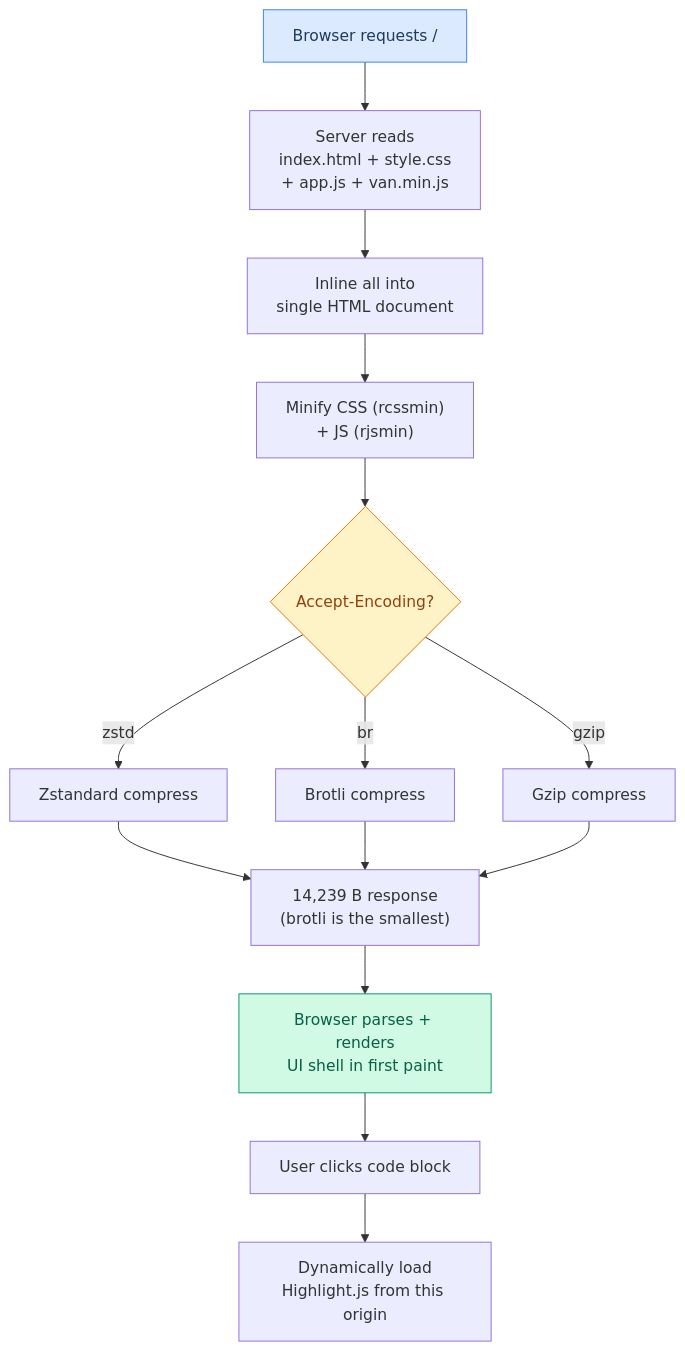
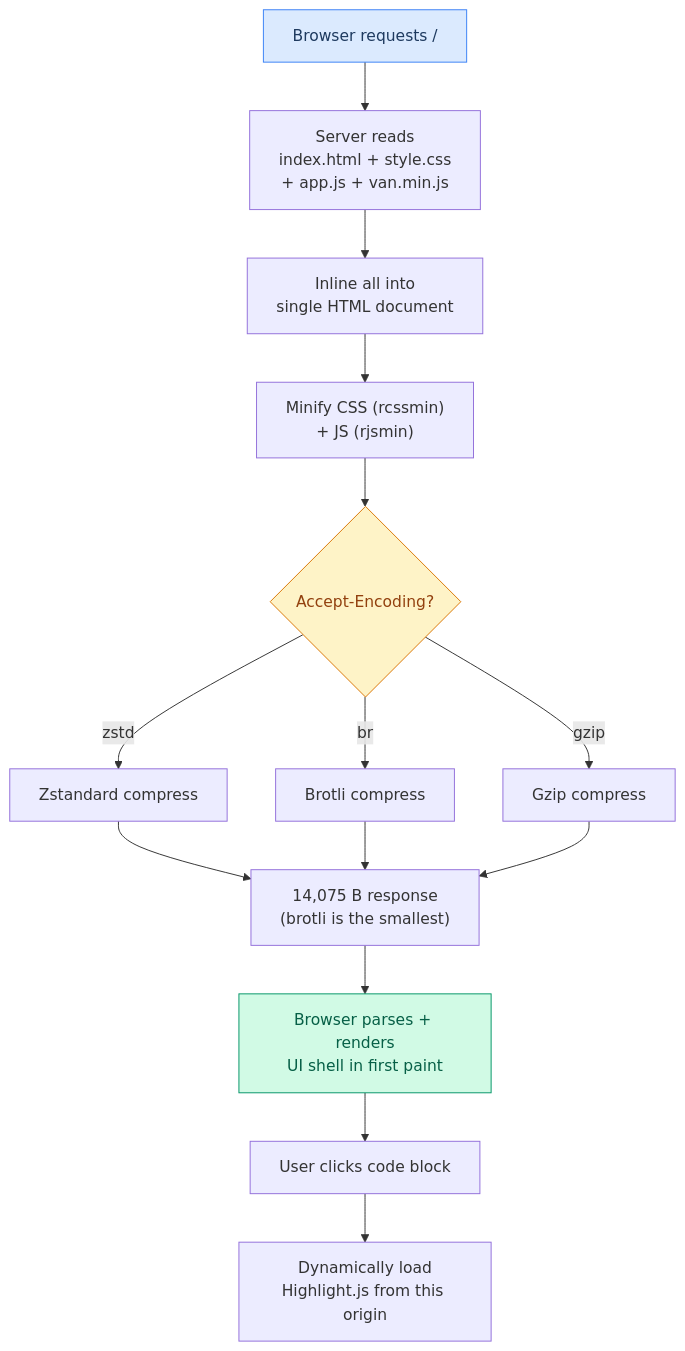
One commit to maci0/recoverage changed diagram 16 of 18 in docs/USER_STORIES.md. Above: the diagram before and after it, drawn with Mermaid. The commit also changed other lines of this file and 9 other files, not shown here.

````diff
--- a/docs/USER_STORIES.md
+++ b/docs/USER_STORIES.md
@@ -512,21 +512,21 @@
 ```mermaid
 graph TD
     A["Browser requests /"] --> B["Server reads<br/>index.html + style.css<br/>+ app.js + van.min.js"]
     B --> C["Inline all into<br/>single HTML document"]
     C --> D["Minify CSS (rcssmin)<br/>+ JS (rjsmin)"]
     D --> E{"Accept-Encoding?"}
     E -->|zstd| F["Zstandard compress"]
     E -->|br| G["Brotli compress"]
     E -->|gzip| H["Gzip compress"]
-    F --> I["14,239 B response<br/>(brotli is the smallest)"]
+    F --> I["14,075 B response<br/>(brotli is the smallest)"]
     G --> I
     H --> I
     I --> J["Browser parses + renders<br/>UI shell in first paint"]
 
     J --> K["User clicks code block"]
     K --> L["Dynamically load<br/>Highlight.js from this origin"]
 
     style A fill:#dbeafe,stroke:#3b82f6,color:#1e3a5f
     style J fill:#d1fae5,stroke:#059669,color:#065f46
     style E fill:#fef3c7,stroke:#d97706,color:#92400e
 ```
````
